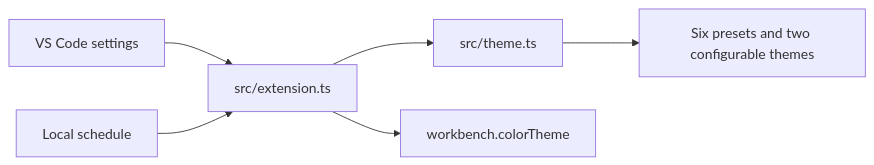
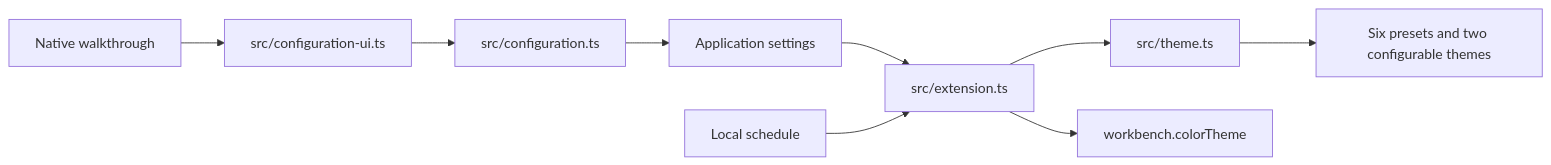
One commit to overengineered-org/everforest-vscode-theme changed the diagram in docs/ARCHITECTURE.md. Above: the diagram before and after it, drawn with Mermaid. The commit also changed other lines of this file and 25 other files, not shown here.

````diff
--- a/docs/ARCHITECTURE.md
+++ b/docs/ARCHITECTURE.md
@@ -5,8 +5,11 @@
 ```mermaid
 flowchart LR
-  Settings[VS Code settings] --> Desktop[src/extension.ts]
+  Walkthrough[Native walkthrough] --> Commands[src/configuration-ui.ts]
+  Commands --> Domain[src/configuration.ts]
+  Domain --> Settings[Application settings]
+  Settings --> Desktop[src/extension.ts]
   Desktop --> Compiler[src/theme.ts]
   Compiler --> Themes[Six presets and two configurable themes]
   Schedule[Local schedule] --> Desktop
   Desktop --> Workbench[workbench.colorTheme]
 ```
````
